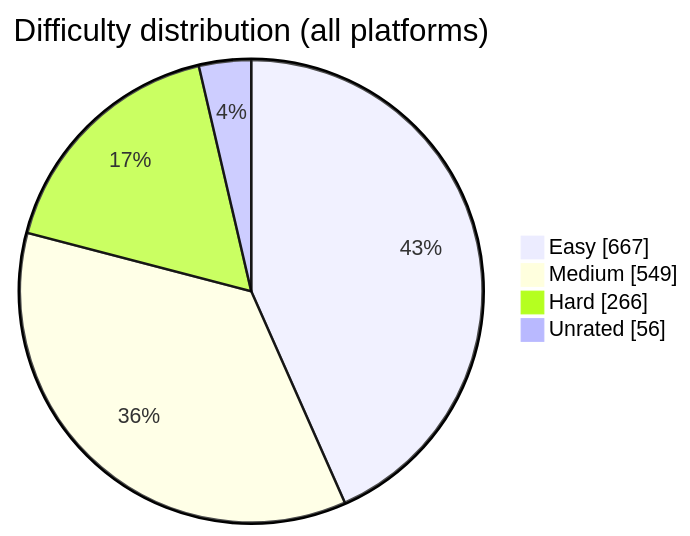
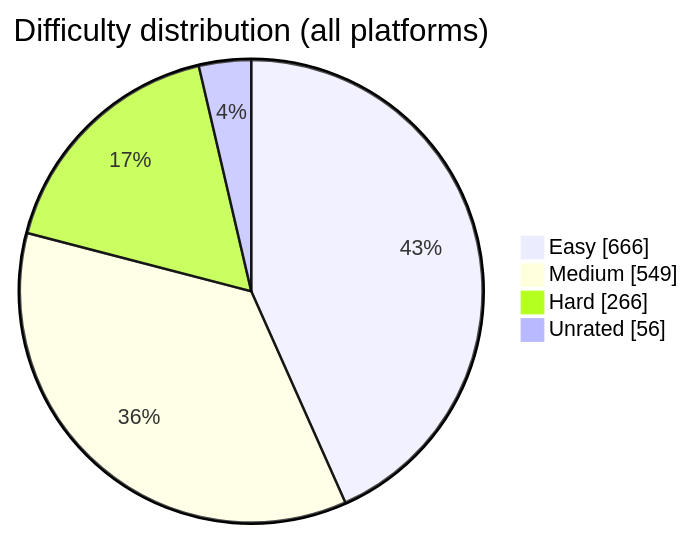
Before and after one commit to BuildbyArindam/Daily-Coding-Log: the diagram in README.md, drawn with Mermaid. The commit also changed other lines of this file, not shown here.

````diff
--- a/README.md
+++ b/README.md
@@ -93,7 +93,7 @@
 ```mermaid
 pie showData title Difficulty distribution (all platforms)
-    "Easy" : 667
+    "Easy" : 666
     "Medium" : 549
     "Hard" : 266
     "Unrated" : 56
 ```
````
